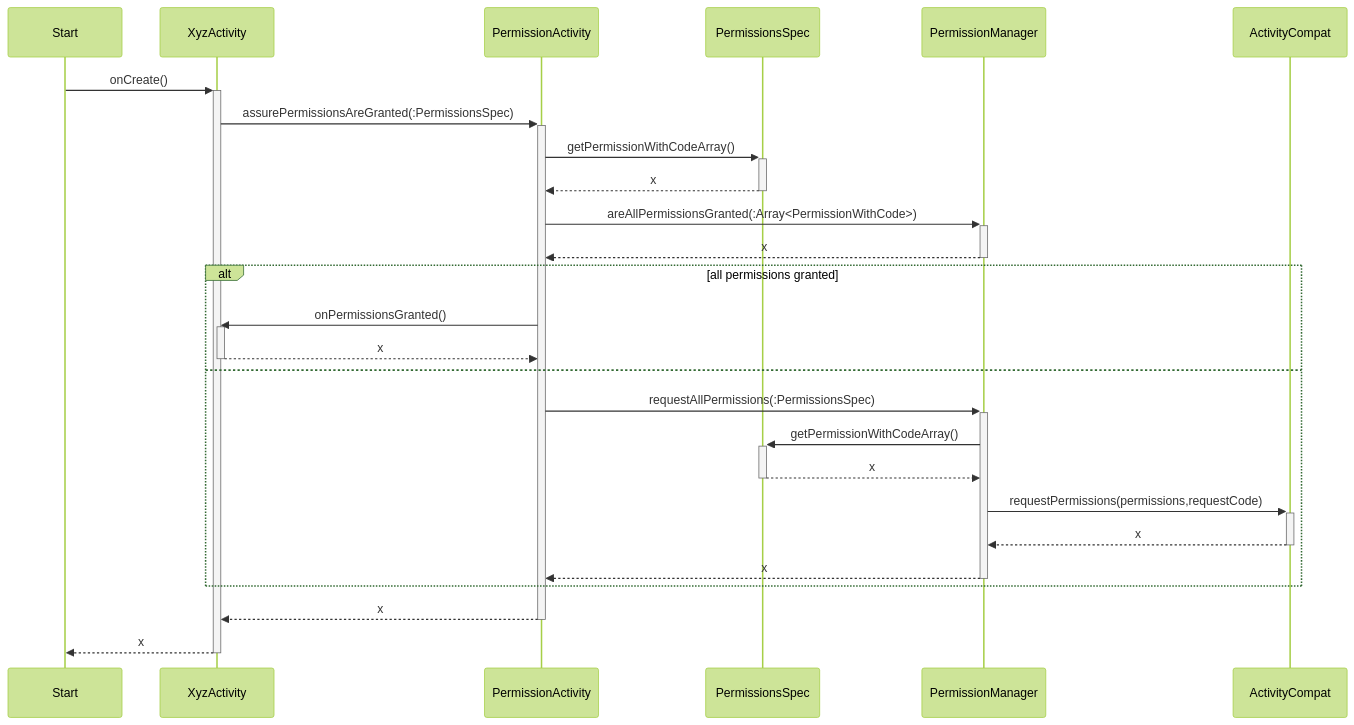
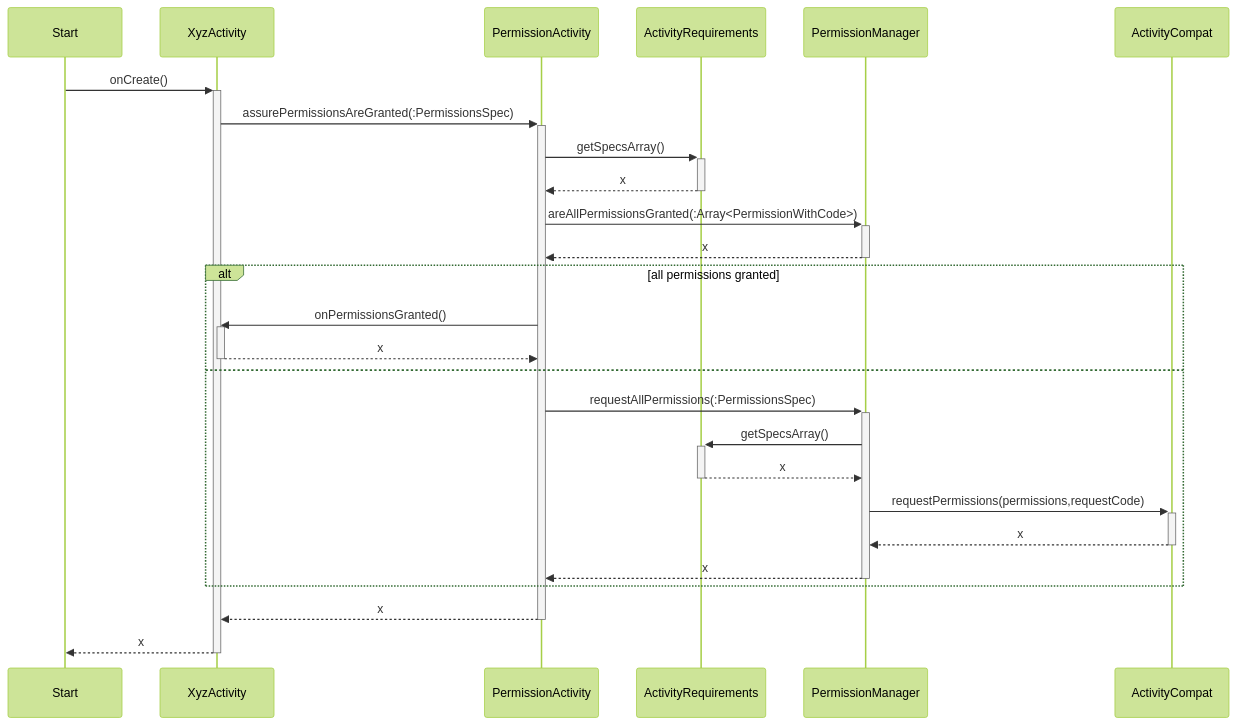
One commit to mjureczko/maly-poszukiwacz-skarbow changed the diagram in docs/requesting_permissions_sequence_diagram.mmd. Above: the diagram before and after it, drawn with Mermaid (forest theme). The commit also changed 6 other files, not shown here.

Commit message:
#25 some renaming and diagrams updated

```diff
--- a/docs/requesting_permissions_sequence_diagram.mmd
+++ b/docs/requesting_permissions_sequence_diagram.mmd
@@ -1,20 +1,20 @@
 sequenceDiagram
     Start ->>+ XyzActivity: onCreate()
     XyzActivity ->>+ PermissionActivity: assurePermissionsAreGranted(:PermissionsSpec)
-    PermissionActivity ->>+ PermissionsSpec: getPermissionWithCodeArray()
-    PermissionsSpec -->>- PermissionActivity: x
+    PermissionActivity ->>+ ActivityRequirements: getSpecsArray()
+    ActivityRequirements -->>- PermissionActivity: x
     PermissionActivity ->>+ PermissionManager: areAllPermissionsGranted(:Array<PermissionWithCode>)
     PermissionManager -->>- PermissionActivity: x
     alt all permissions granted
         PermissionActivity ->>+ XyzActivity: onPermissionsGranted()
         XyzActivity -->>- PermissionActivity: x
     else
         PermissionActivity ->>+ PermissionManager: requestAllPermissions(:PermissionsSpec)
-        PermissionManager ->>+ PermissionsSpec: getPermissionWithCodeArray()
-        PermissionsSpec -->>- PermissionManager: x
+        PermissionManager ->>+ ActivityRequirements: getSpecsArray()
+        ActivityRequirements -->>- PermissionManager: x
         PermissionManager ->>+ ActivityCompat: requestPermissions(permissions,requestCode)
         ActivityCompat -->>- PermissionManager: x
         PermissionManager -->>- PermissionActivity: x
     end
     PermissionActivity -->>- XyzActivity: x
     XyzActivity -->>- Start: x
```
